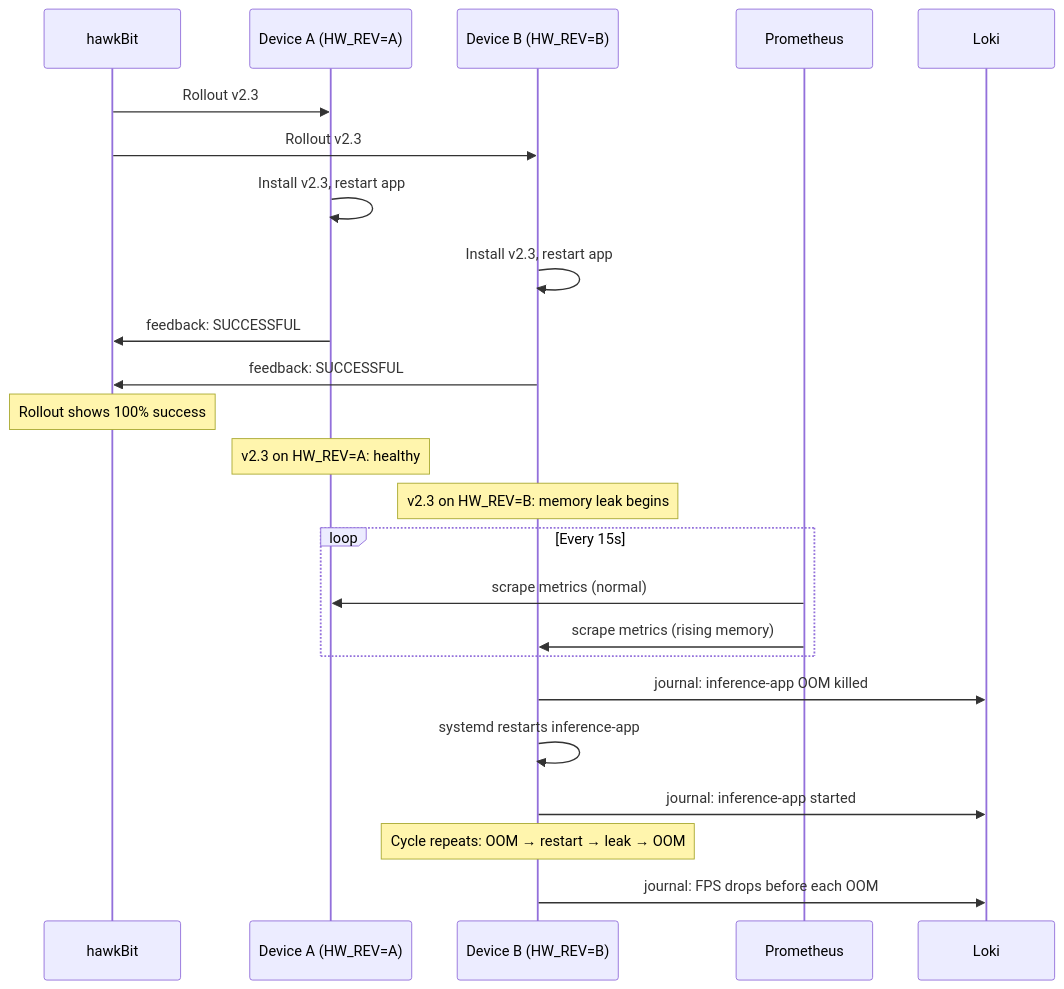
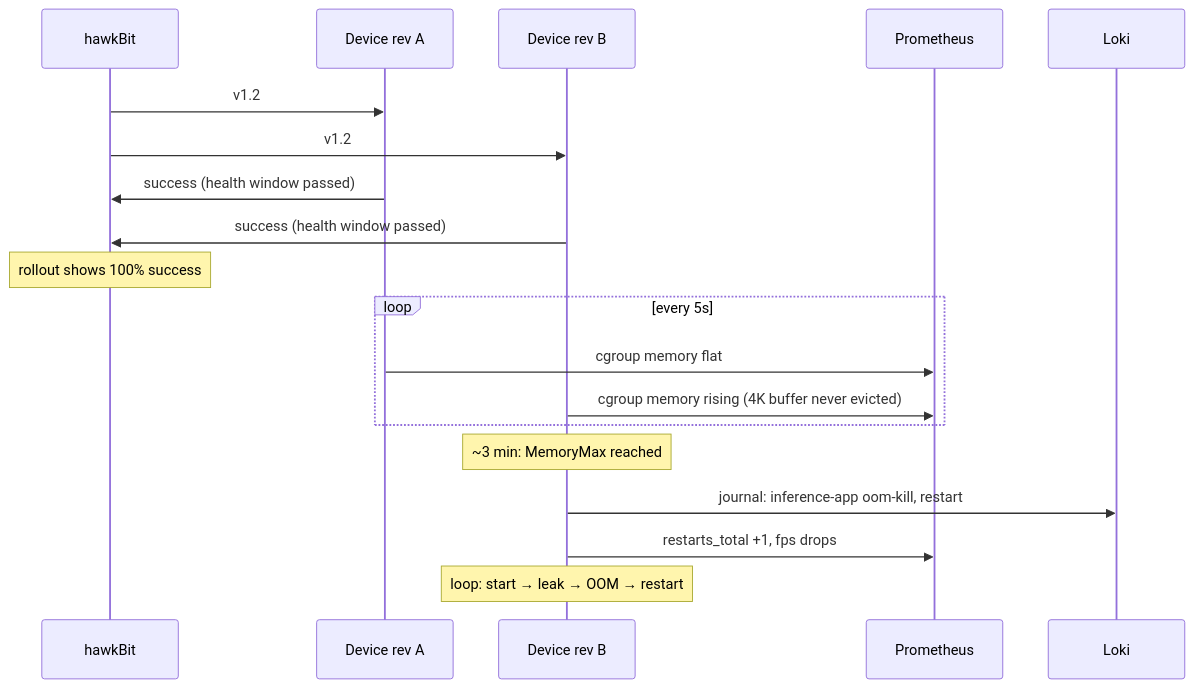
Before and after one commit to phoenixsac/wavebreak: the sixth of 8 diagrams in docs/architecture.md, drawn with Mermaid. The commit also changed other lines of this file and 10 other files, not shown here.

````diff
--- a/docs/architecture.md
+++ b/docs/architecture.md
@@ -189,30 +247,22 @@
 ```mermaid
 sequenceDiagram
     participant HB as hawkBit
-    participant DA as Device A (HW_REV=A)
-    participant DB as Device B (HW_REV=B)
-    participant Prom as Prometheus
-    participant Loki as Loki
+    participant A as Device rev A
+    participant B as Device rev B
+    participant P as Prometheus
+    participant L as Loki
 
-    HB->>DA: Rollout v2.3
-    HB->>DB: Rollout v2.3
-    DA->>DA: Install v2.3, restart app
-    DB->>DB: Install v2.3, restart app
-    DA->>HB: feedback: SUCCESSFUL
-    DB->>HB: feedback: SUCCESSFUL
-    Note over HB: Rollout shows 100% success
-
-    Note over DA: v2.3 on HW_REV=A: healthy
-    Note over DB: v2.3 on HW_REV=B: memory leak begins
-
-    loop Every 15s
-        Prom->>DA: scrape metrics (normal)
-        Prom->>DB: scrape metrics (rising memory)
+    HB->>A: v1.2
+    HB->>B: v1.2
+    A->>HB: success (health window passed)
+    B->>HB: success (health window passed)
+    Note over HB: rollout shows 100% success
+    loop every 5s
+        A->>P: cgroup memory flat
+        B->>P: cgroup memory rising (4K buffer never evicted)
     end
-
-    DB->>Loki: journal: inference-app OOM killed
-    DB->>DB: systemd restarts inference-app
-    DB->>Loki: journal: inference-app started
-    Note over DB: Cycle repeats: OOM → restart → leak → OOM
-    DB->>Loki: journal: FPS drops before each OOM
+    Note over B: ~3 min: MemoryMax reached
+    B->>L: journal: inference-app oom-kill, restart
+    B->>P: restarts_total +1, fps drops
+    Note over B: loop: start → leak → OOM → restart
 ```
````
